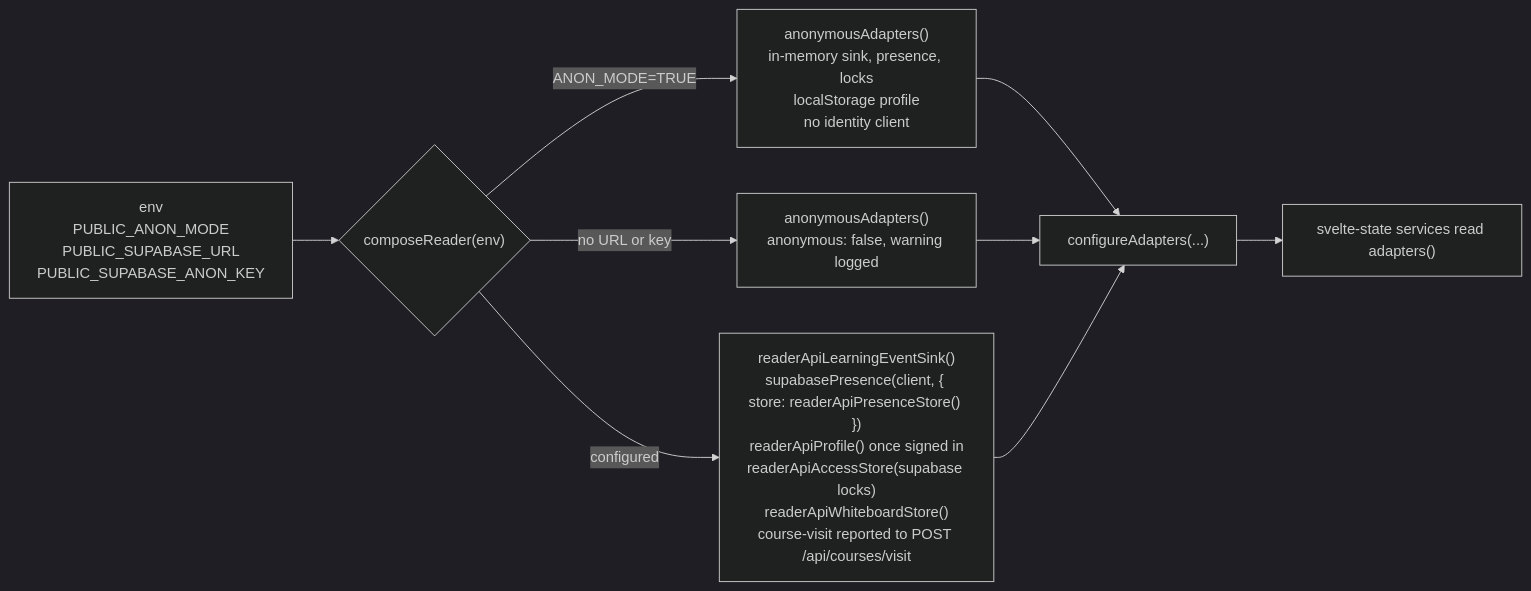
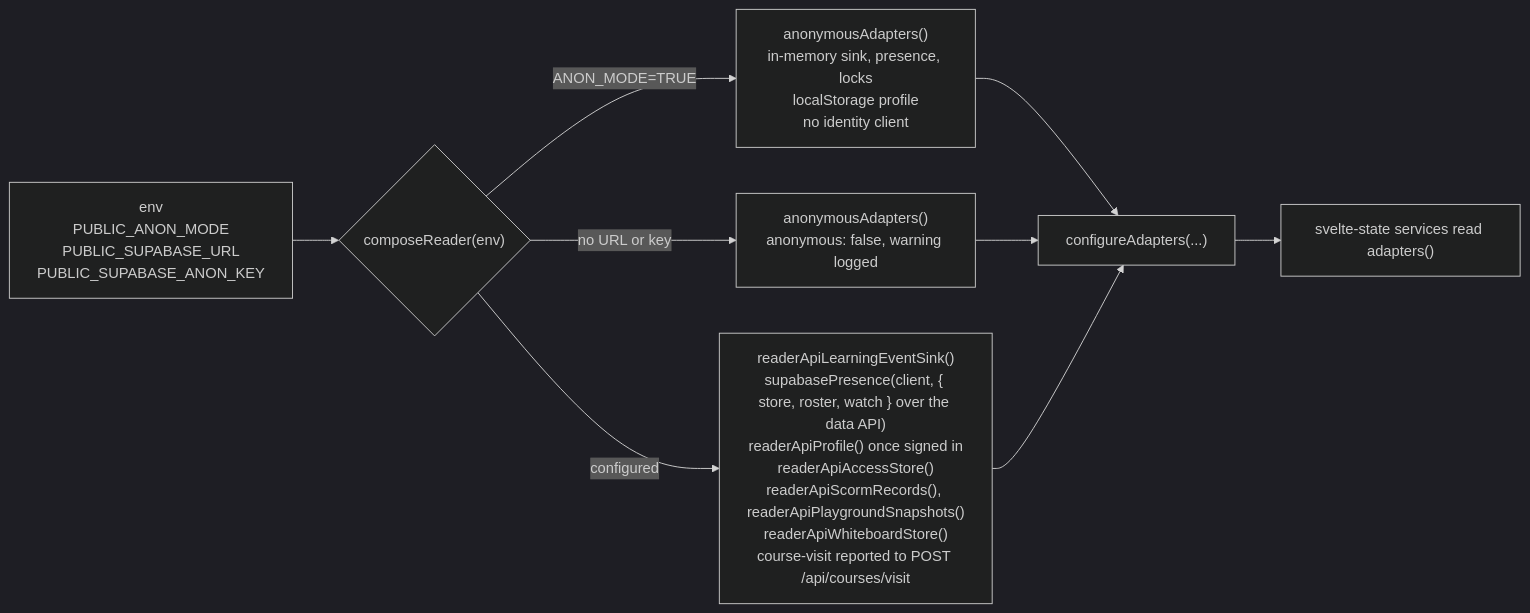
The sixth of 13 diagrams in ARCHITECTURE.md (lgriffin/tutors-mono-repo-1), drawn with Mermaid (dark theme) before and after one commit. The commit also changed other lines of this file and 106 other files, not shown here.

````diff
--- a/ARCHITECTURE.md
+++ b/ARCHITECTURE.md
@@ -428,9 +428,9 @@
 ```mermaid
 flowchart LR
   env["env<br/>PUBLIC_ANON_MODE<br/>PUBLIC_SUPABASE_URL<br/>PUBLIC_SUPABASE_ANON_KEY"] --> compose{"composeReader(env)"}
   compose -- "ANON_MODE=TRUE" --> anon["anonymousAdapters()<br/>in-memory sink, presence, locks<br/>localStorage profile<br/>no identity client"]
   compose -- "no URL or key" --> unconfigured["anonymousAdapters()<br/>anonymous: false, warning logged"]
-  compose -- "configured" --> live["readerApiLearningEventSink()<br/>supabasePresence(client, { store: readerApiPresenceStore() })<br/>readerApiProfile() once signed in<br/>readerApiAccessStore(supabase locks)<br/>readerApiWhiteboardStore()<br/>course-visit reported to POST /api/courses/visit"]
+  compose -- "configured" --> live["readerApiLearningEventSink()<br/>supabasePresence(client, { store, roster, watch } over the data API)<br/>readerApiProfile() once signed in<br/>readerApiAccessStore()<br/>readerApiScormRecords(), readerApiPlaygroundSnapshots()<br/>readerApiWhiteboardStore()<br/>course-visit reported to POST /api/courses/visit"]
   anon & unconfigured & live --> install["configureAdapters(...)"]
   install --> services["svelte-state services read adapters()"]
 ```
````
